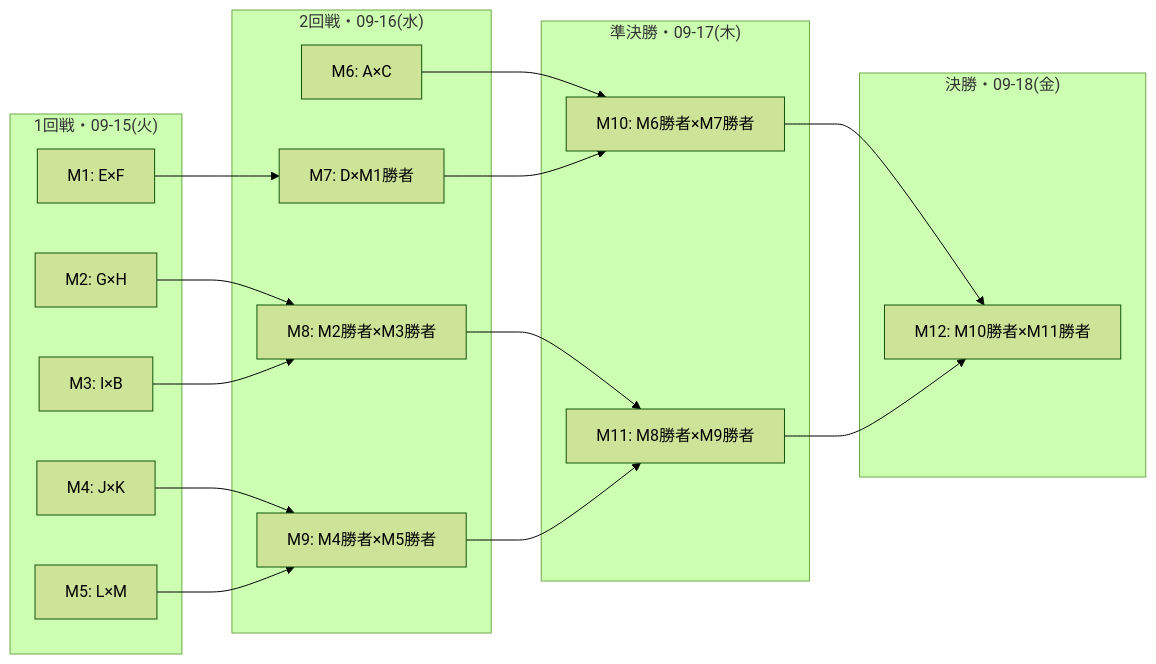
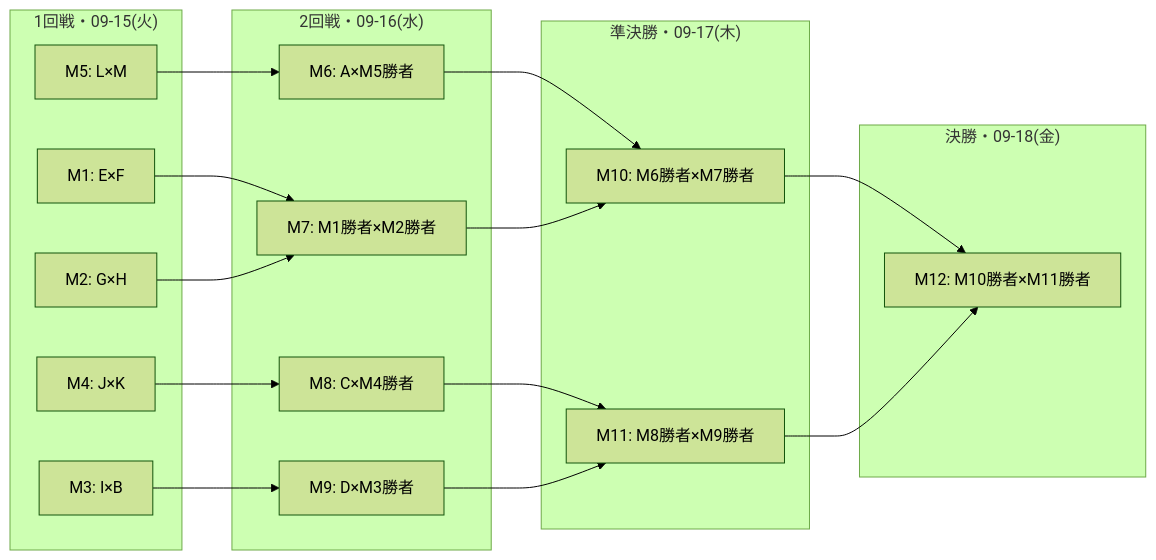
One commit to kurachiweb/genai-example-2-launch-platform changed the diagram in docs/GUIDES/service/overview/004-week-tournament-rules.md. Above: the diagram before and after it, drawn with Mermaid (forest theme). The commit also changed other lines of this file and 1 other file, not shown here.

````diff
--- a/docs/GUIDES/service/overview/004-week-tournament-rules.md
+++ b/docs/GUIDES/service/overview/004-week-tournament-rules.md
@@ -152,34 +158,34 @@
 ```mermaid
 flowchart LR
     subgraph R1["1回戦・09-15(火)"]
         M1["M1: E×F"]
         M2["M2: G×H"]
         M3["M3: I×B"]
         M4["M4: J×K"]
         M5["M5: L×M"]
     end
     subgraph R2["2回戦・09-16(水)"]
-        M6["M6: A×C"]
-        M7["M7: D×M1勝者"]
-        M8["M8: M2勝者×M3勝者"]
-        M9["M9: M4勝者×M5勝者"]
+        M6["M6: A×M5勝者"]
+        M7["M7: M1勝者×M2勝者"]
+        M8["M8: C×M4勝者"]
+        M9["M9: D×M3勝者"]
     end
     subgraph R3["準決勝・09-17(木)"]
         M10["M10: M6勝者×M7勝者"]
         M11["M11: M8勝者×M9勝者"]
     end
     subgraph R4["決勝・09-18(金)"]
         M12["M12: M10勝者×M11勝者"]
     end
     M1 --> M7
-    M2 --> M8
-    M3 --> M8
-    M4 --> M9
-    M5 --> M9
+    M2 --> M7
+    M3 --> M9
+    M4 --> M8
+    M5 --> M6
     M6 --> M10
     M7 --> M10
     M8 --> M11
     M9 --> M11
     M10 --> M12
     M11 --> M12
 ```
````
